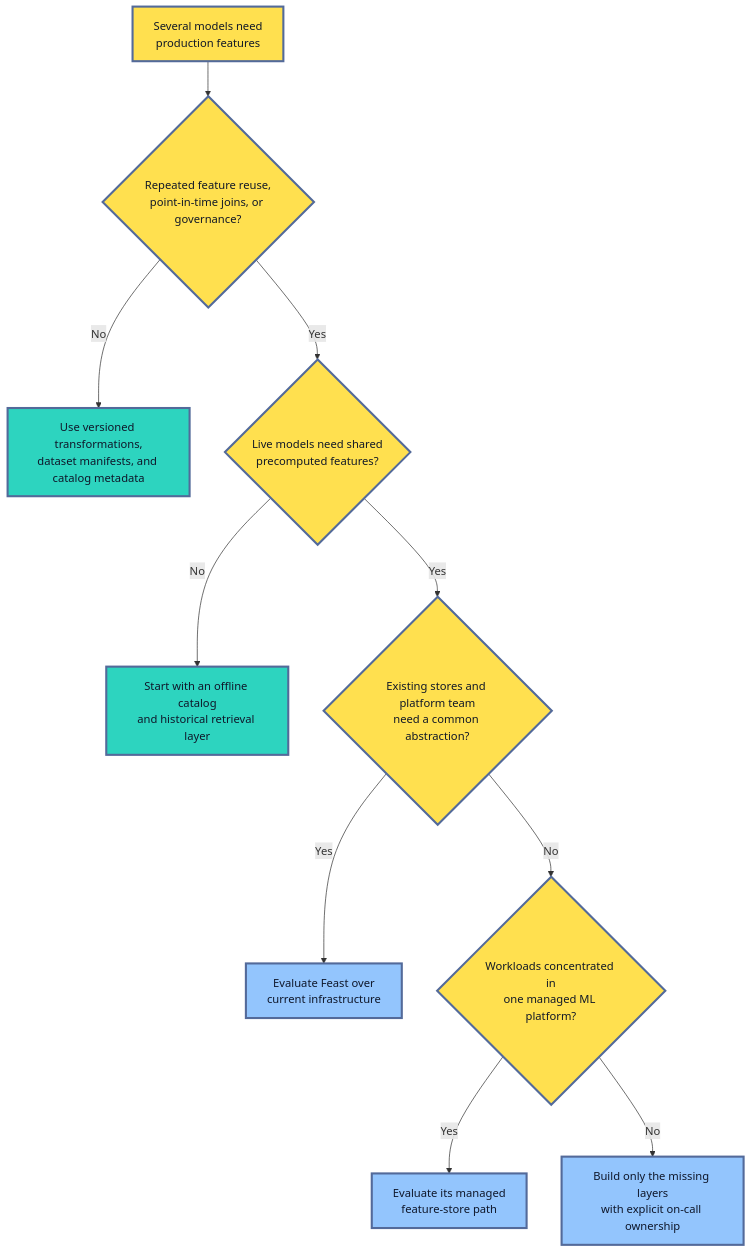
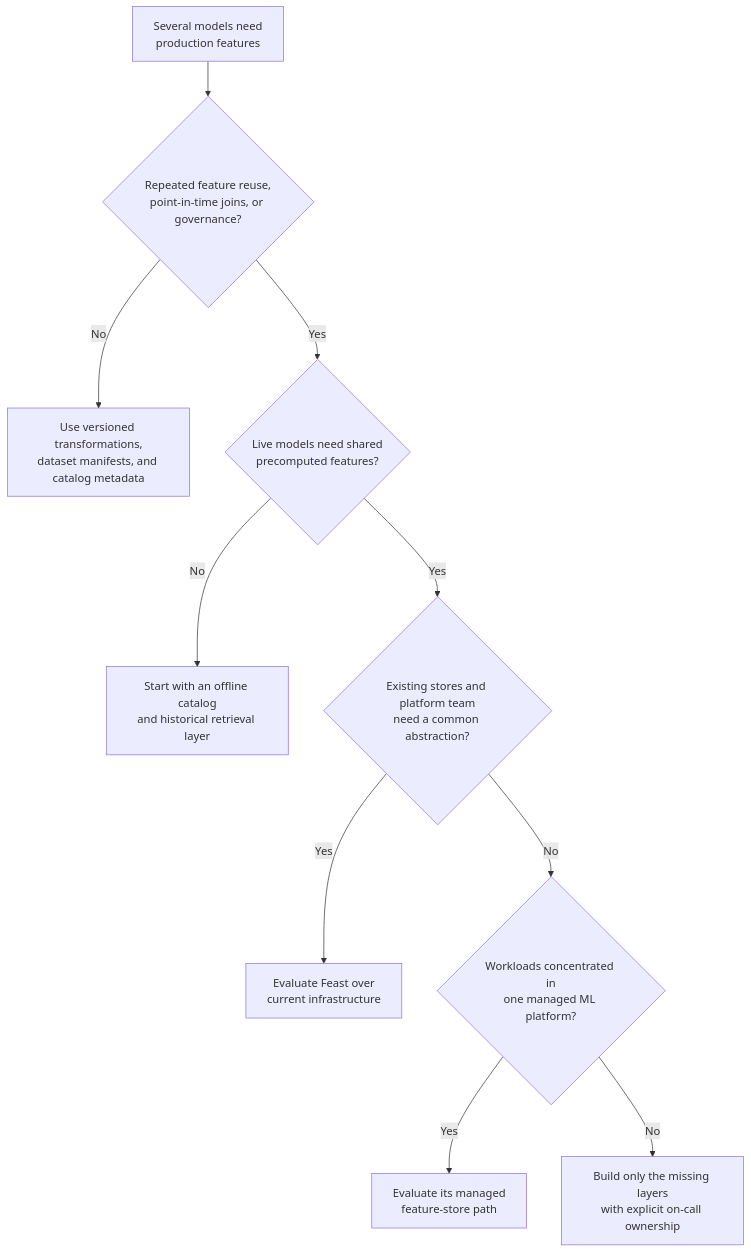
The fifth of 5 diagrams in roadmaps/mlops/modules/data-for-ml-systems/feature-management/04-feature-stores-explained.md (senlinyy/dev-roadmaps), drawn with Mermaid before and after one commit. The commit also changed other lines of this file and 152 other files, not shown here.

Commit message:
feat: mlops and diagrams updated

````diff
--- a/roadmaps/mlops/modules/data-for-ml-systems/feature-management/04-feature-stores-explained.md
+++ b/roadmaps/mlops/modules/data-for-ml-systems/feature-management/04-feature-stores-explained.md
@@ -407,19 +391,16 @@
 ```mermaid
 flowchart TD
     A["Several models need<br/>production features"] --> B{"Repeated feature reuse,<br/>point-in-time joins, or governance?"}
     B -->|"No"| C["Use versioned transformations,<br/>dataset manifests, and catalog metadata"]
     B -->|"Yes"| D{"Live models need shared<br/>precomputed features?"}
     D -->|"No"| E["Start with an offline catalog<br/>and historical retrieval layer"]
     D -->|"Yes"| F{"Existing stores and platform team<br/>need a common abstraction?"}
     F -->|"Yes"| G["Evaluate Feast over<br/>current infrastructure"]
     F -->|"No"| H{"Workloads concentrated in<br/>one managed ML platform?"}
     H -->|"Yes"| I["Evaluate its managed<br/>feature-store path"]
     H -->|"No"| J["Build only the missing layers<br/>with explicit on-call ownership"]
 
-    classDef question fill:#FFE04F,stroke:#536A9A,stroke-width:3px,color:#111827
-    classDef simple fill:#2DD4BF,stroke:#536A9A,stroke-width:3px,color:#0F172A
-    classDef platform fill:#93C5FD,stroke:#536A9A,stroke-width:3px,color:#0F172A
     class A,B,D,F,H question
     class C,E simple
     class G,I,J platform
 ```
````
